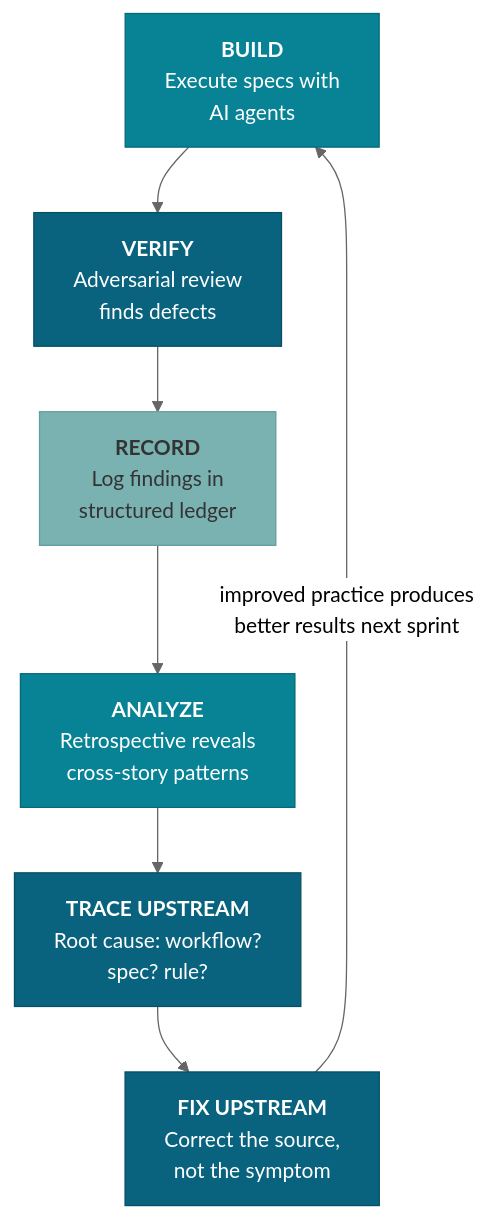
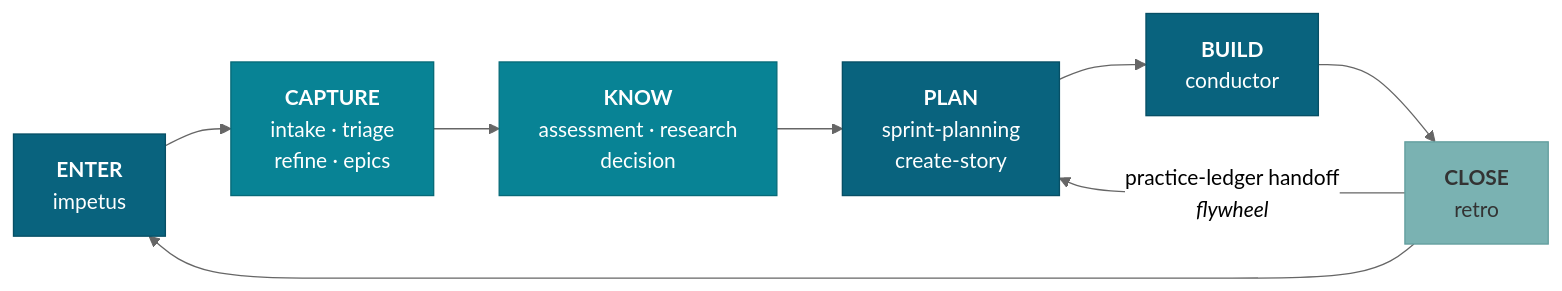
One commit to iamsteveholmes/momentum changed the first of 2 diagrams in README.md. Above: the diagram before and after it, drawn with Mermaid (neutral theme). The commit also changed other lines of this file and 1 other file, not shown here.

````diff
--- a/README.md
+++ b/README.md
@@ -173,23 +42,20 @@
 ```mermaid
-graph TD
-    BUILD["<b>BUILD</b><br/>Execute specs with<br/>AI agents"]
-    VERIFY["<b>VERIFY</b><br/>Adversarial review<br/>finds defects"]
-    RECORD["<b>RECORD</b><br/>Log findings in<br/>structured ledger"]
-    ANALYZE["<b>ANALYZE</b><br/>Retrospective reveals<br/>cross-story patterns"]
-    TRACE["<b>TRACE UPSTREAM</b><br/>Root cause: workflow?<br/>spec? rule?"]
-    FIX["<b>FIX UPSTREAM</b><br/>Correct the source,<br/>not the symptom"]
+graph LR
+    E["<b>ENTER</b><br/>impetus"]
+    C["<b>CAPTURE</b><br/>intake · triage<br/>refine · epics"]
+    K["<b>KNOW</b><br/>assessment · research<br/>decision"]
+    P["<b>PLAN</b><br/>sprint-planning<br/>create-story"]
+    B["<b>BUILD</b><br/>conductor"]
+    X["<b>CLOSE</b><br/>retro"]
 
-    BUILD --> VERIFY
-    VERIFY --> RECORD
-    RECORD --> ANALYZE
-    ANALYZE --> TRACE
-    TRACE --> FIX
-    FIX -- "improved practice produces<br/>better results next sprint" --> BUILD
+    E --> C --> K --> P --> B --> X
+    X --> E
+    X -- "practice-ledger handoff<br/><i>flywheel</i>" --> P
 
-    style BUILD fill:#088395,stroke:#066a78,color:#fff
-    style VERIFY fill:#09637E,stroke:#074f65,color:#fff
-    style RECORD fill:#7AB2B2,stroke:#629e9e,color:#333
-    style ANALYZE fill:#088395,stroke:#066a78,color:#fff
-    style TRACE fill:#09637E,stroke:#074f65,color:#fff
-    style FIX fill:#09637E,stroke:#074f65,color:#fff
+    style E fill:#09637E,stroke:#074f65,color:#fff
+    style C fill:#088395,stroke:#066a78,color:#fff
+    style K fill:#088395,stroke:#066a78,color:#fff
+    style P fill:#09637E,stroke:#074f65,color:#fff
+    style B fill:#09637E,stroke:#074f65,color:#fff
+    style X fill:#7AB2B2,stroke:#629e9e,color:#333
 ```
````
